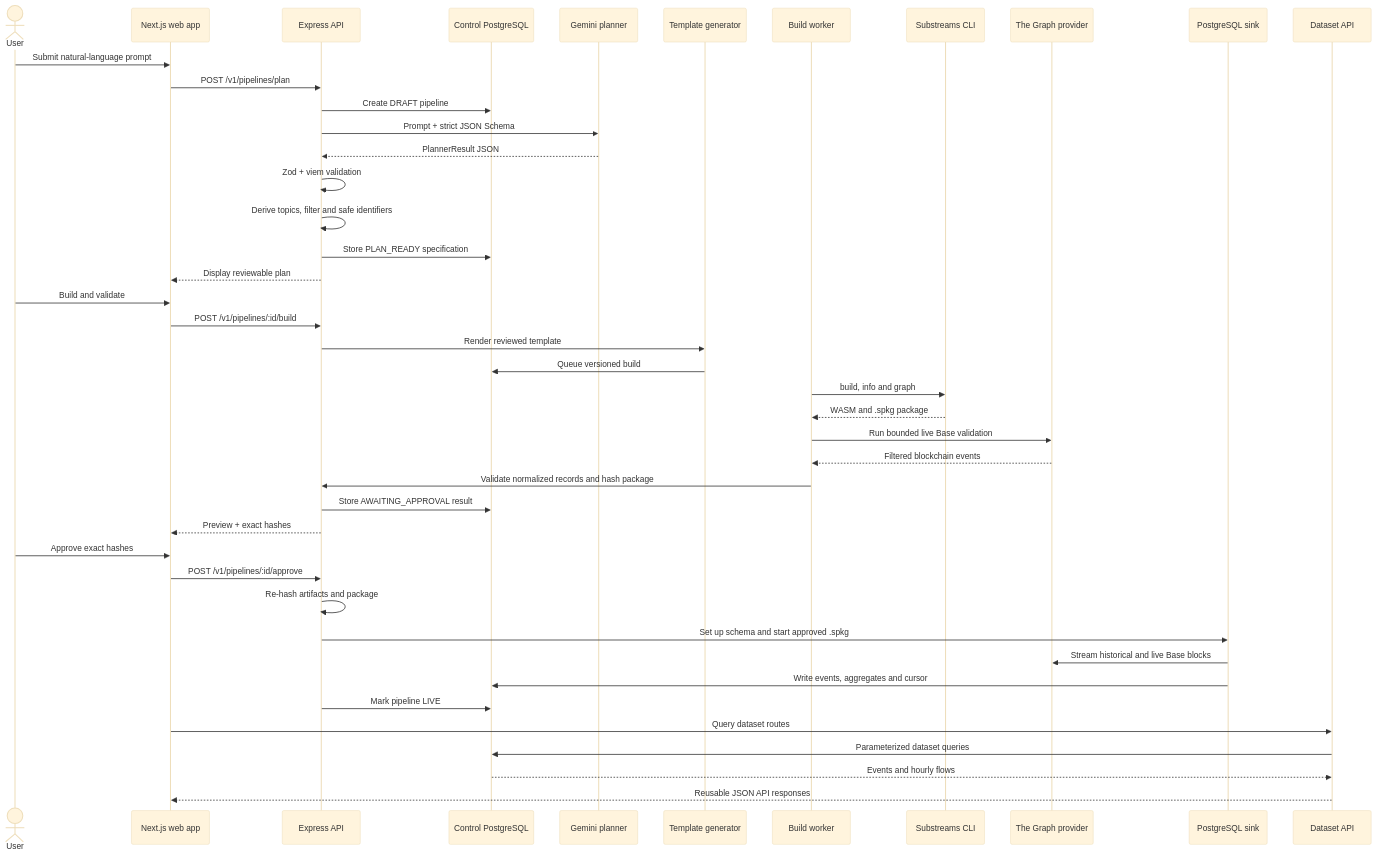
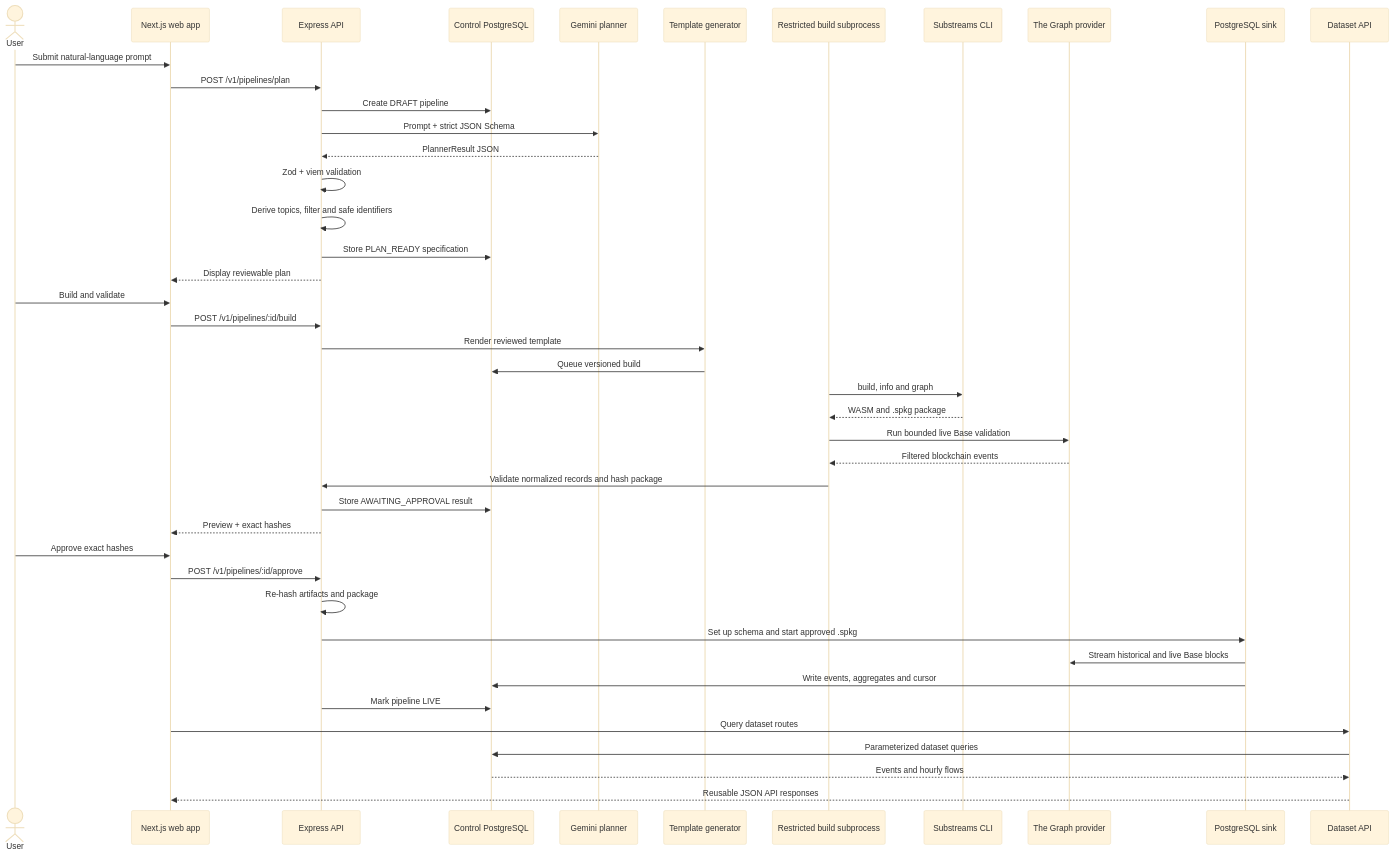
Before and after one commit to aamir-001/Prompt2API: the diagram in docs/end-to-end-flow.md, drawn with Mermaid (base theme). The commit also changed other lines of this file and 89 other files, not shown here.

````diff
--- a/docs/end-to-end-flow.md
+++ b/docs/end-to-end-flow.md
@@ -80,48 +80,48 @@
 ```mermaid
 sequenceDiagram
     actor User
     participant Web as Next.js web app
     participant API as Express API
     participant DB as Control PostgreSQL
     participant LLM as Gemini planner
     participant Generator as Template generator
-    participant Worker as Build worker
+    participant Worker as Restricted build subprocess
     participant CLI as Substreams CLI
     participant Graph as The Graph provider
     participant Sink as PostgreSQL sink
     participant Dataset as Dataset API
 
     User->>Web: Submit natural-language prompt
     Web->>API: POST /v1/pipelines/plan
     API->>DB: Create DRAFT pipeline
     API->>LLM: Prompt + strict JSON Schema
     LLM-->>API: PlannerResult JSON
     API->>API: Zod + viem validation
     API->>API: Derive topics, filter and safe identifiers
     API->>DB: Store PLAN_READY specification
     API-->>Web: Display reviewable plan
 
     User->>Web: Build and validate
     Web->>API: POST /v1/pipelines/:id/build
     API->>Generator: Render reviewed template
     Generator->>DB: Queue versioned build
     Worker->>CLI: build, info and graph
     CLI-->>Worker: WASM and .spkg package
     Worker->>Graph: Run bounded live Base validation
     Graph-->>Worker: Filtered blockchain events
     Worker->>API: Validate normalized records and hash package
     API->>DB: Store AWAITING_APPROVAL result
     API-->>Web: Preview + exact hashes
 
     User->>Web: Approve exact hashes
     Web->>API: POST /v1/pipelines/:id/approve
     API->>API: Re-hash artifacts and package
     API->>Sink: Set up schema and start approved .spkg
     Sink->>Graph: Stream historical and live Base blocks
     Sink->>DB: Write events, aggregates and cursor
     API->>DB: Mark pipeline LIVE
     Web->>Dataset: Query dataset routes
     Dataset->>DB: Parameterized dataset queries
     DB-->>Dataset: Events and hourly flows
     Dataset-->>Web: Reusable JSON API responses
 ```
````
